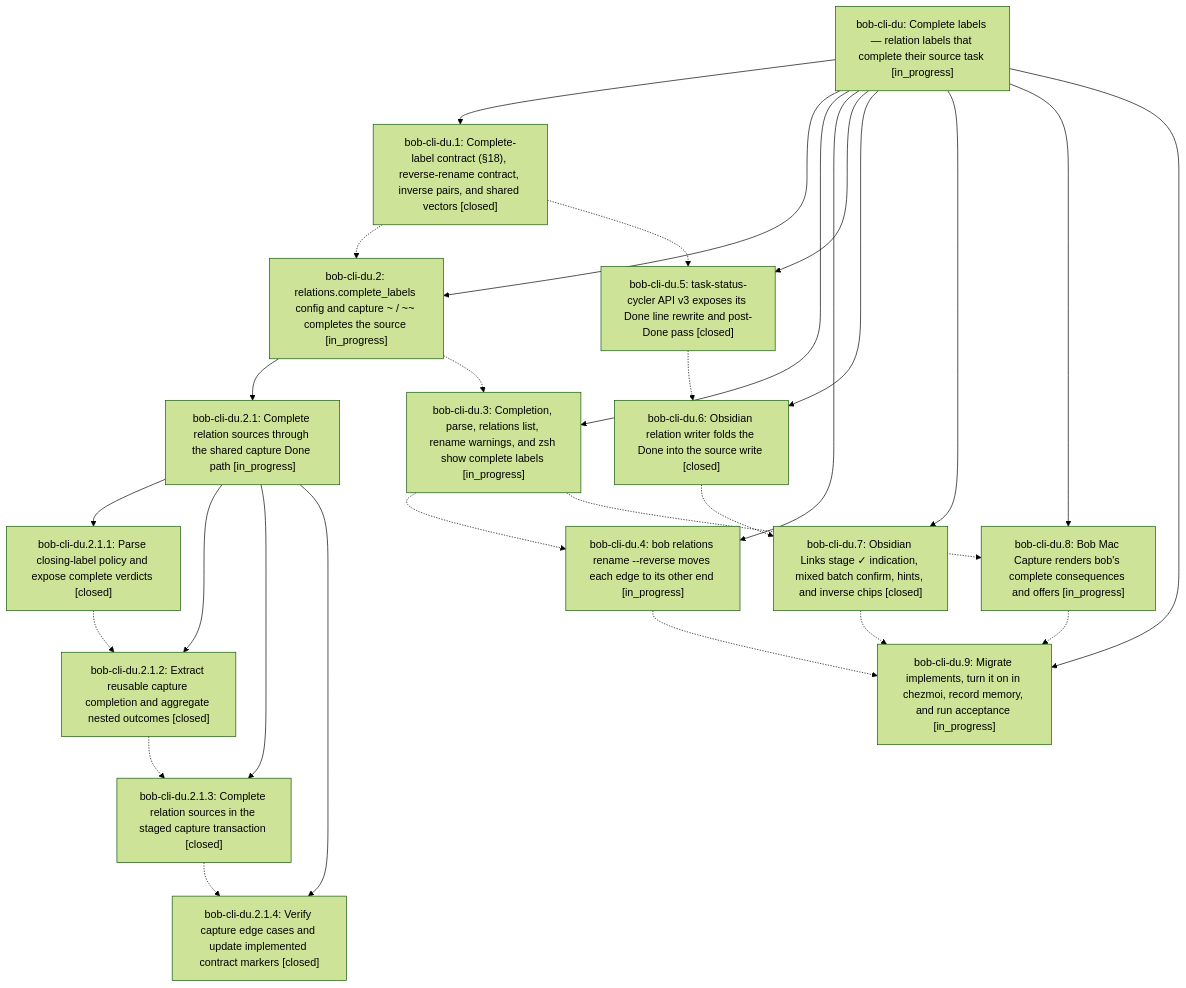
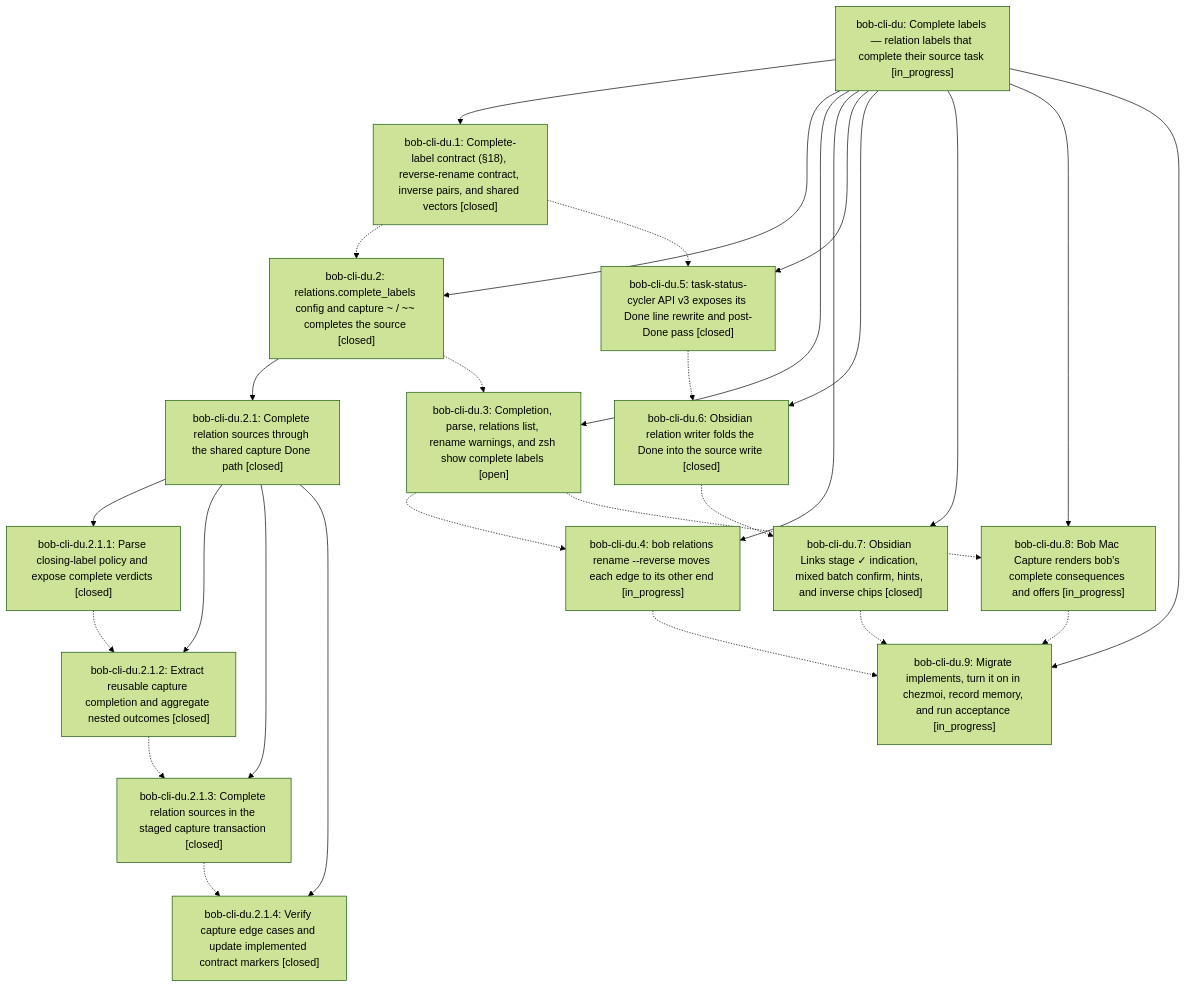
Before and after one commit to bobs-org/bob-cli--beads: the diagram in pages/bob-cli-du/README.md, drawn with Mermaid (forest theme). The commit also changed other lines of this file and 7 other files, not shown here.

First line of the commit message:
chore(beads): sync bead state and pages for bob-cli-du

````diff
--- a/pages/bob-cli-du/README.md
+++ b/pages/bob-cli-du/README.md
@@ -44,45 +44,45 @@
 ```mermaid
 flowchart TD
     n0["bob-cli-du: Complete labels — relation labels that complete their source task [in_progress]"]
     n1["bob-cli-du.1: Complete-label contract (§18), reverse-rename contract, inverse pairs, and shared vectors [closed]"]
-    n2["bob-cli-du.2: relations.complete_labels config and capture ~ / ~~ completes the source [in_progress]"]
-    n3["bob-cli-du.2.1: Complete relation sources through the shared capture Done path [in_progress]"]
+    n2["bob-cli-du.2: relations.complete_labels config and capture ~ / ~~ completes the source [closed]"]
+    n3["bob-cli-du.2.1: Complete relation sources through the shared capture Done path [closed]"]
     n4["bob-cli-du.2.1.1: Parse closing-label policy and expose complete verdicts [closed]"]
     n5["bob-cli-du.2.1.2: Extract reusable capture completion and aggregate nested outcomes [closed]"]
     n6["bob-cli-du.2.1.3: Complete relation sources in the staged capture transaction [closed]"]
     n7["bob-cli-du.2.1.4: Verify capture edge cases and update implemented contract markers [closed]"]
-    n8["bob-cli-du.3: Completion, parse, relations list, rename warnings, and zsh show complete labels [in_progress]"]
+    n8["bob-cli-du.3: Completion, parse, relations list, rename warnings, and zsh show complete labels [open]"]
     n9["bob-cli-du.4: bob relations rename --reverse moves each edge to its other end [in_progress]"]
     n10["bob-cli-du.5: task-status-cycler API v3 exposes its Done line rewrite and post-Done pass [closed]"]
     n11["bob-cli-du.6: Obsidian relation writer folds the Done into the source write [closed]"]
     n12["bob-cli-du.7: Obsidian Links stage ✓ indication, mixed batch confirm, hints, and inverse chips [closed]"]
     n13["bob-cli-du.8: Bob Mac Capture renders bob's complete consequences and offers [in_progress]"]
     n14["bob-cli-du.9: Migrate implements, turn it on in chezmoi, record memory, and run acceptance [in_progress]"]
     n0 --> n1
     n0 --> n2
     n2 --> n3
     n3 --> n4
     n3 --> n5
     n3 --> n6
     n3 --> n7
     n0 --> n8
     n0 --> n9
     n0 --> n10
     n0 --> n11
     n0 --> n12
     n0 --> n13
     n0 --> n14
     n1 -.-> n2
     n1 -.-> n10
     n2 -.-> n8
     n4 -.-> n5
     n5 -.-> n6
     n6 -.-> n7
     n8 -.-> n9
     n8 -.-> n13
     n9 -.-> n14
     n10 -.-> n11
     n11 -.-> n12
     n12 -.-> n14
     n13 -.-> n14
 ```
````
